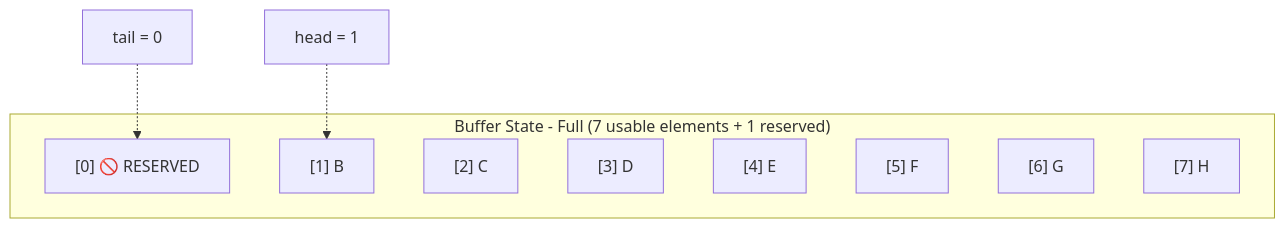
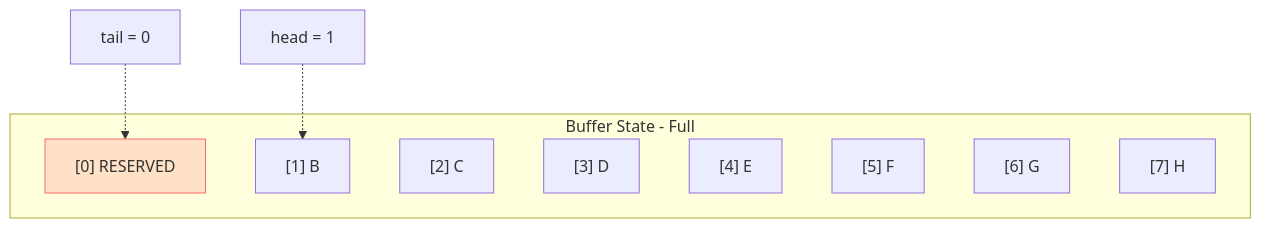
One commit to Tycro-Games/tycro-games.github.io changed the sixth of 8 diagrams in _posts/2026-01-14-Learning-Multithreading-With-A-Logger.md. Above: the diagram before and after it, drawn with Mermaid. The commit also changed other lines of this file, not shown here.

````diff
--- a/_posts/2026-01-14-Learning-Multithreading-With-A-Logger.md
+++ b/_posts/2026-01-14-Learning-Multithreading-With-A-Logger.md
@@ -521,16 +589,18 @@
 ```mermaid
 flowchart TD
-    subgraph Queue["Buffer State - Full (7 usable elements + 1 reserved)"]
-        s0["[0] 🚫 RESERVED"]
+    subgraph Queue["Buffer State - Full"]
+        s0["[0] RESERVED"]
         s1["[1] B"]
         s2["[2] C"]
         s3["[3] D"]
         s4["[4] E"]
         s5["[5] F"]
         s6["[6] G"]
         s7["[7] H"]
     end
     
     head["head = 1"] -.-> s1
     tail["tail = 0"] -.-> s0
+    
+    style s0 fill:#ff6b6b33,stroke:#ff6b6b
 ```
````
